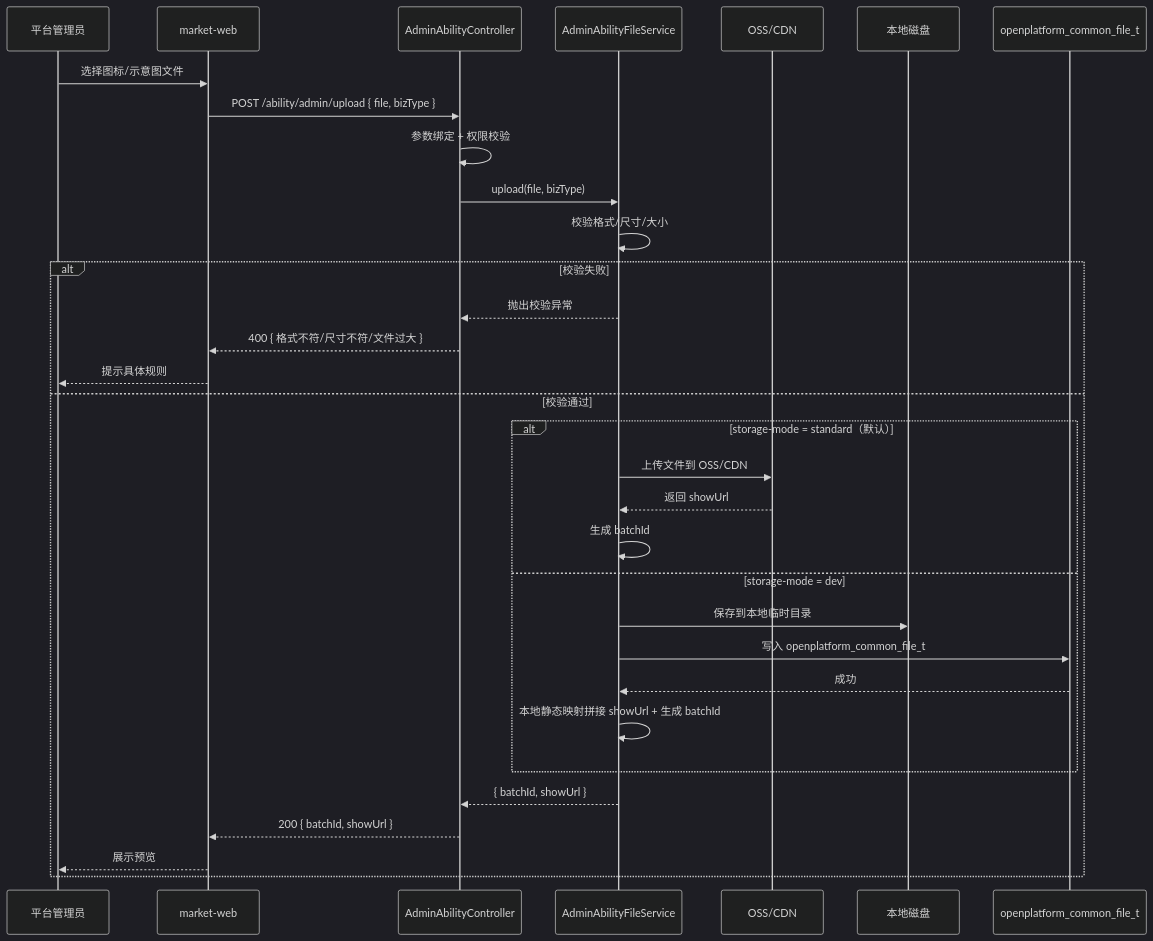
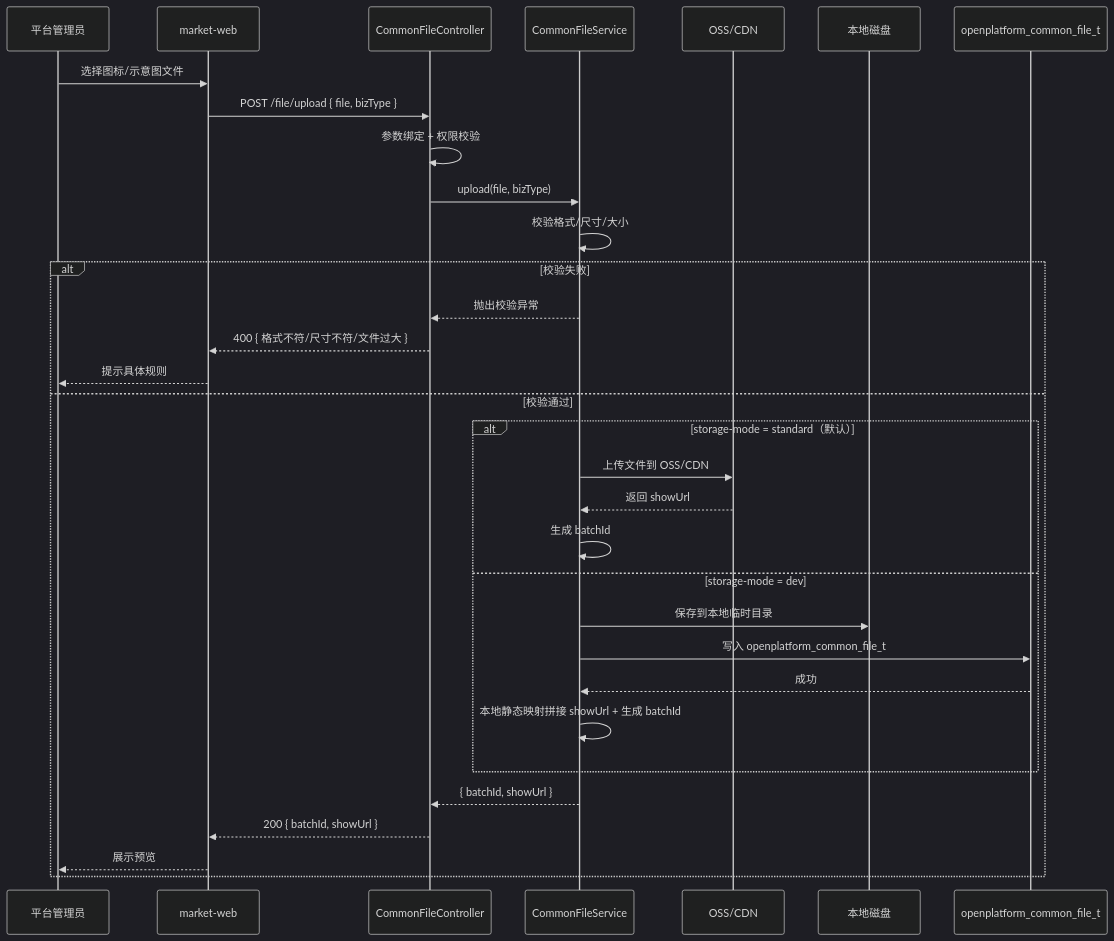
One commit to THZSummer/open-app changed the sixth of 6 diagrams in .sddu/specs-tree-root/specs-tree-ability-embedding/specs-tree-embedding-platform/plan.md. Above: the diagram before and after it, drawn with Mermaid (dark theme). The commit also changed other lines of this file and 29 other files, not shown here.

````diff
--- a/.sddu/specs-tree-root/specs-tree-ability-embedding/specs-tree-embedding-platform/plan.md
+++ b/.sddu/specs-tree-root/specs-tree-ability-embedding/specs-tree-embedding-platform/plan.md
@@ -534,35 +534,35 @@
 ```mermaid
 sequenceDiagram
     participant Admin as 平台管理员
     participant Web as market-web
-    participant Ctrl as AdminAbilityController
-    participant Svc as AdminAbilityFileService
+    participant Ctrl as CommonFileController
+    participant Svc as CommonFileService
     participant OSS as OSS/CDN
     participant Disk as 本地磁盘
     participant DB as openplatform_common_file_t
 
     Admin->>Web: 选择图标/示意图文件
-    Web->>Ctrl: POST /ability/admin/upload { file, bizType }
+    Web->>Ctrl: POST /file/upload { file, bizType }
     Ctrl->>Ctrl: 参数绑定 + 权限校验
     Ctrl->>Svc: upload(file, bizType)
     Svc->>Svc: 校验格式/尺寸/大小
     alt 校验失败
         Svc-->>Ctrl: 抛出校验异常
         Ctrl-->>Web: 400 { 格式不符/尺寸不符/文件过大 }
         Web-->>Admin: 提示具体规则
     else 校验通过
         alt storage-mode = standard（默认）
             Svc->>OSS: 上传文件到 OSS/CDN
             OSS-->>Svc: 返回 showUrl
             Svc->>Svc: 生成 batchId
         else storage-mode = dev
             Svc->>Disk: 保存到本地临时目录
             Svc->>DB: 写入 openplatform_common_file_t
             DB-->>Svc: 成功
             Svc->>Svc: 本地静态映射拼接 showUrl + 生成 batchId
         end
         Svc-->>Ctrl: { batchId, showUrl }
         Ctrl-->>Web: 200 { batchId, showUrl }
         Web-->>Admin: 展示预览
     end
 ```
````
